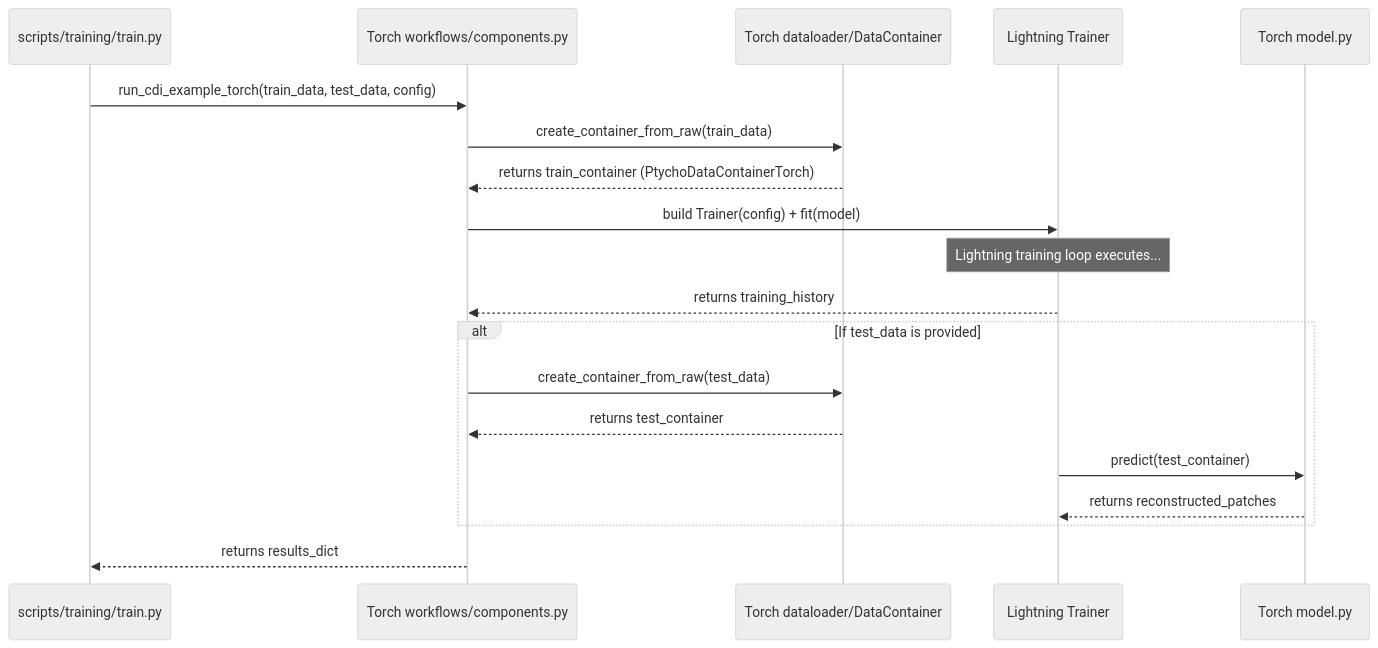
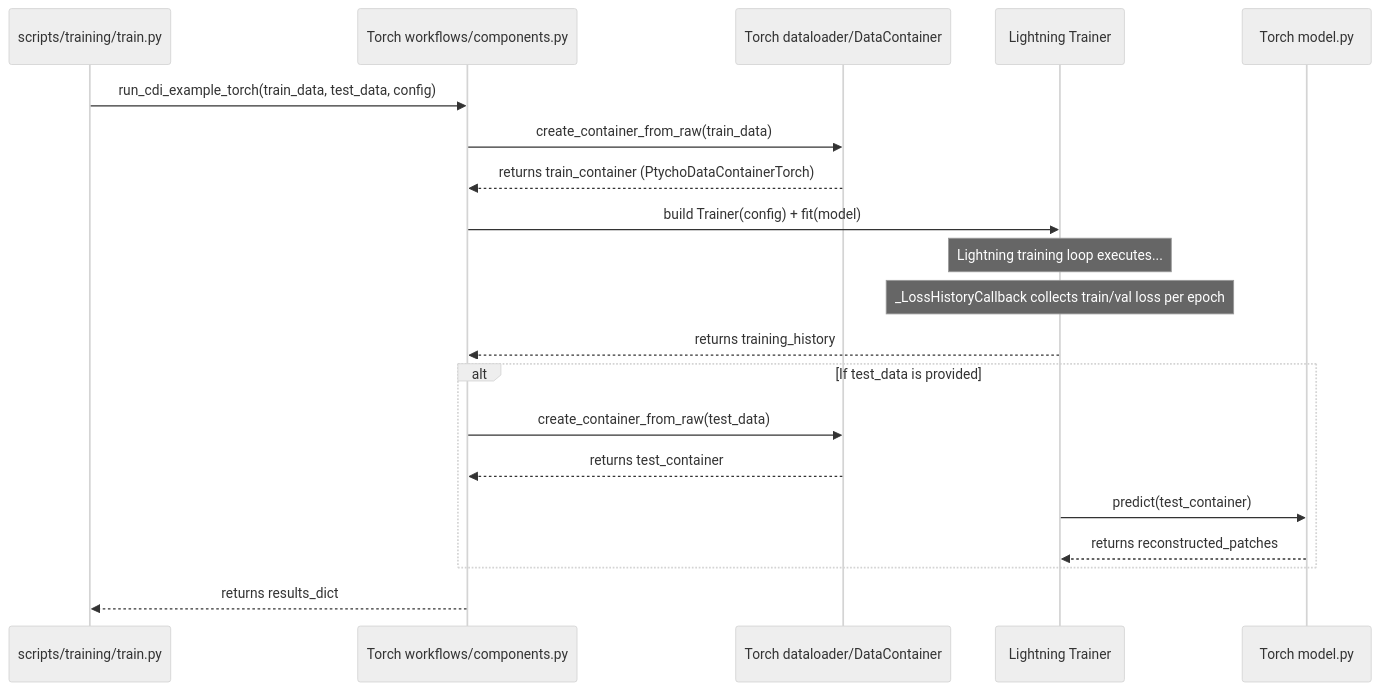
One commit to hoidn/PtychoPINN changed the second of 3 diagrams in docs/architecture_torch.md. Above: the diagram before and after it, drawn with Mermaid (neutral theme). The commit also changed other lines of this file and 10 other files, not shown here.

````diff
--- a/docs/architecture_torch.md
+++ b/docs/architecture_torch.md
@@ -39,25 +39,26 @@
 ```mermaid
 sequenceDiagram
     participant Script as scripts/training/train.py
     participant W as Torch workflows/components.py
     participant D as Torch dataloader/DataContainer
     participant L as Lightning Trainer
     participant M as Torch model.py
 
     Script->>W: run_cdi_example_torch(train_data, test_data, config)
     W->>D: create_container_from_raw(train_data)
     D-->>W: returns train_container (PtychoDataContainerTorch)
 
     W->>L: build Trainer(config) + fit(model)
     Note over L: Lightning training loop executes...
+    Note over L: _LossHistoryCallback collects train/val loss per epoch
     L-->>W: returns training_history
 
     alt If test_data is provided
         W->>D: create_container_from_raw(test_data)
         D-->>W: returns test_container
         L->>M: predict(test_container)
         M-->>L: returns reconstructed_patches
     end
 
     W-->>Script: returns results_dict
 ```
````
